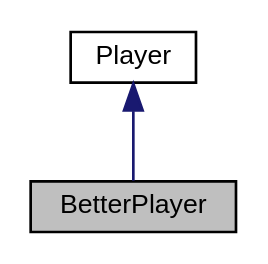
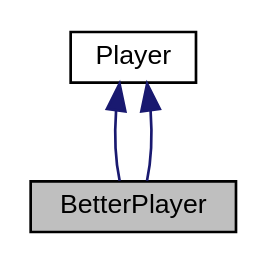
The diagram in class_better_player__inherit__graph.dot (jesstyrrell/cosc345), drawn with Graphviz before and after one commit. The commit also changed 231 other files, not shown here.

```diff
--- a/class_better_player__inherit__graph.dot
+++ b/class_better_player__inherit__graph.dot
@@ -1,10 +1,11 @@
 digraph "BetterPlayer"
 {
  // INTERACTIVE_SVG=YES
  // LATEX_PDF_SIZE
   edge [fontname="Helvetica",fontsize="10",labelfontname="Helvetica",labelfontsize="10"];
   node [fontname="Helvetica",fontsize="10",shape=record];
   Node1 [label="BetterPlayer",height=0.2,width=0.4,color="black", fillcolor="grey75", style="filled", fontcolor="black",tooltip=" "];
   Node2 -> Node1 [dir="back",color="midnightblue",fontsize="10",style="solid",fontname="Helvetica"];
   Node2 [label="Player",height=0.2,width=0.4,color="black", fillcolor="white", style="filled",URL="$class_player.html",tooltip="Represents a human player in the poker game."];
+  Node2 -> Node1 [dir="back",color="midnightblue",fontsize="10",style="solid",fontname="Helvetica"];
 }
```
